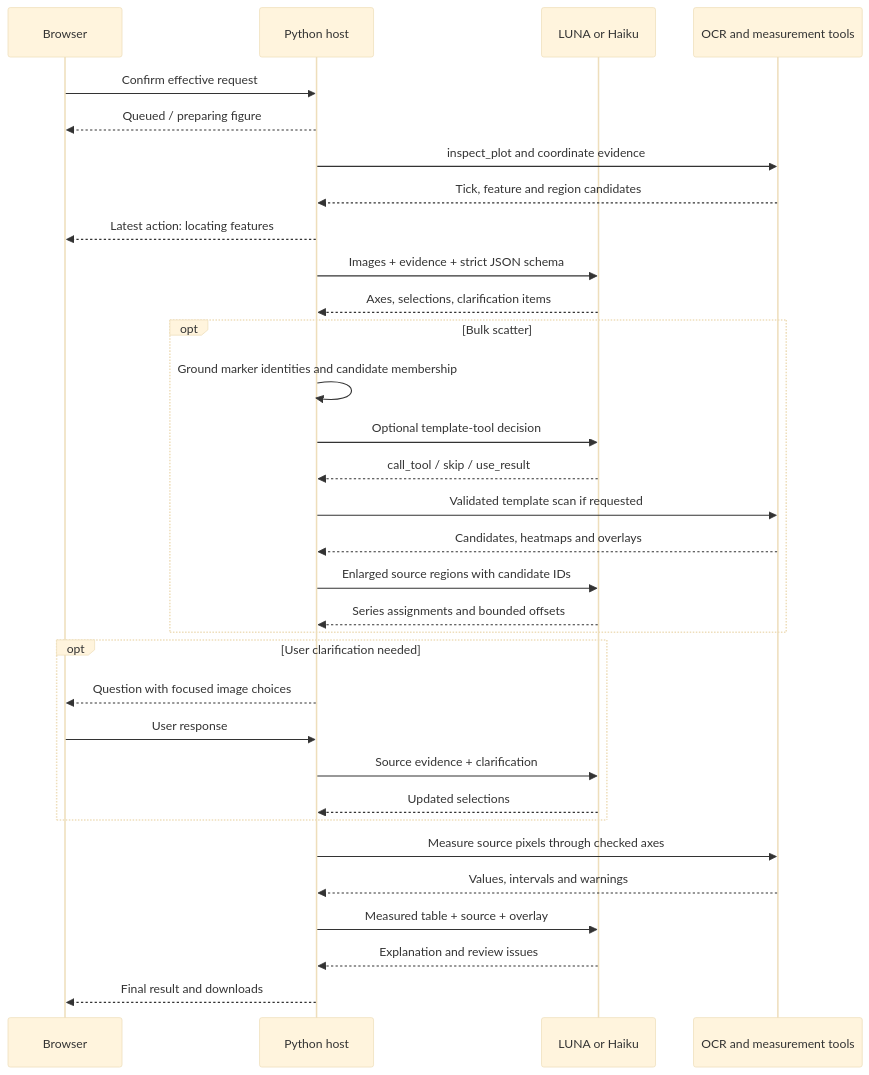
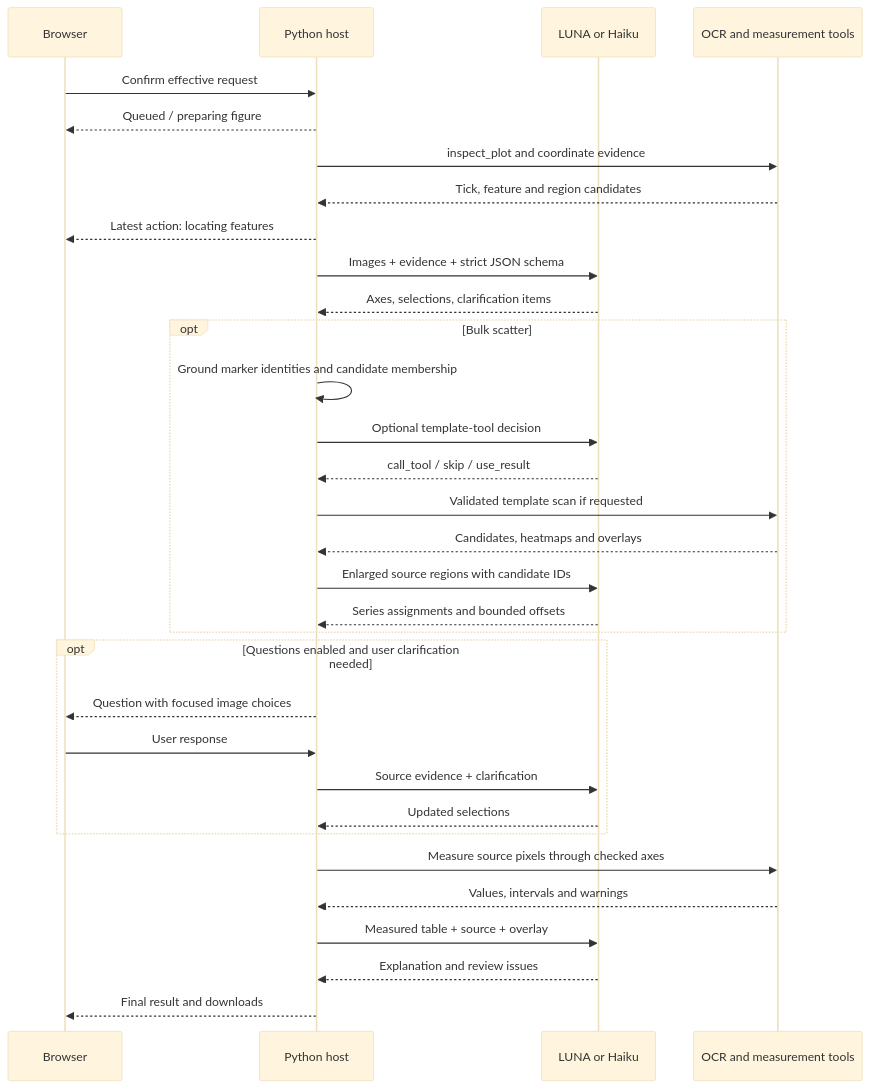
The second of 3 diagrams in README.md (Jingdan-Chen/plot_reader_agent), drawn with Mermaid (base theme) before and after one commit. The commit also changed other lines of this file and 6 other files, not shown here.

Commit message:
Make agent clarification questions an opt-in extraction setting

````diff
--- a/README.md
+++ b/README.md
@@ -280,34 +289,34 @@
 ```mermaid
 sequenceDiagram
     participant UI as Browser
     participant Host as Python host
     participant Model as LUNA or Haiku
     participant Local as OCR and measurement tools
     UI->>Host: Confirm effective request
     Host-->>UI: Queued / preparing figure
     Host->>Local: inspect_plot and coordinate evidence
     Local-->>Host: Tick, feature and region candidates
     Host-->>UI: Latest action: locating features
     Host->>Model: Images + evidence + strict JSON schema
     Model-->>Host: Axes, selections, clarification items
     opt Bulk scatter
         Host->>Host: Ground marker identities and candidate membership
         Host->>Model: Optional template-tool decision
         Model-->>Host: call_tool / skip / use_result
         Host->>Local: Validated template scan if requested
         Local-->>Host: Candidates, heatmaps and overlays
         Host->>Model: Enlarged source regions with candidate IDs
         Model-->>Host: Series assignments and bounded offsets
     end
-    opt User clarification needed
+    opt Questions enabled and user clarification needed
         Host-->>UI: Question with focused image choices
         UI->>Host: User response
         Host->>Model: Source evidence + clarification
         Model-->>Host: Updated selections
     end
     Host->>Local: Measure source pixels through checked axes
     Local-->>Host: Values, intervals and warnings
     Host->>Model: Measured table + source + overlay
     Model-->>Host: Explanation and review issues
     Host-->>UI: Final result and downloads
 ```
````
